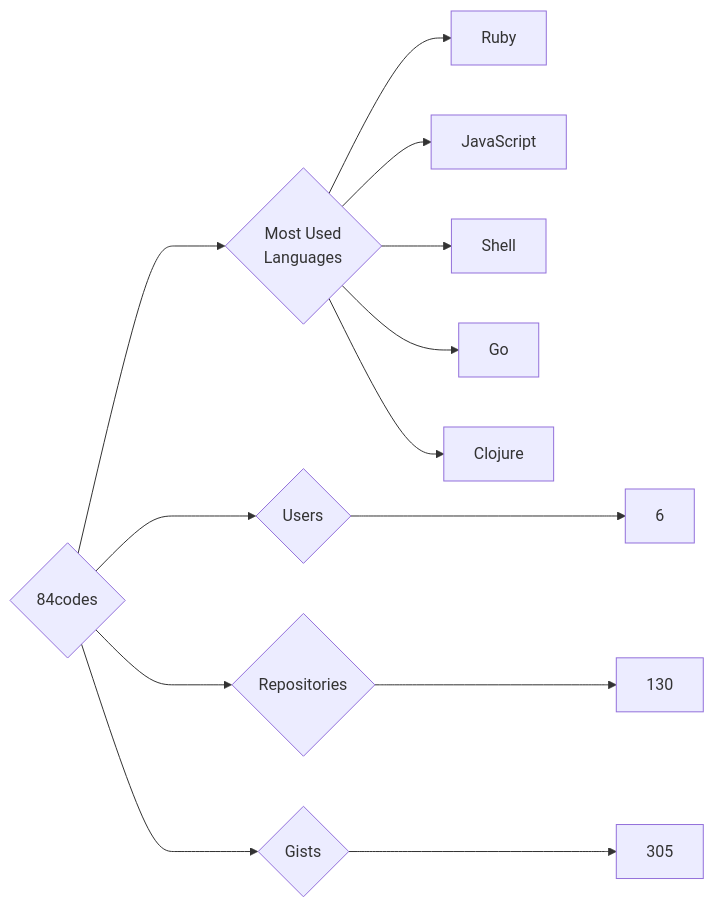
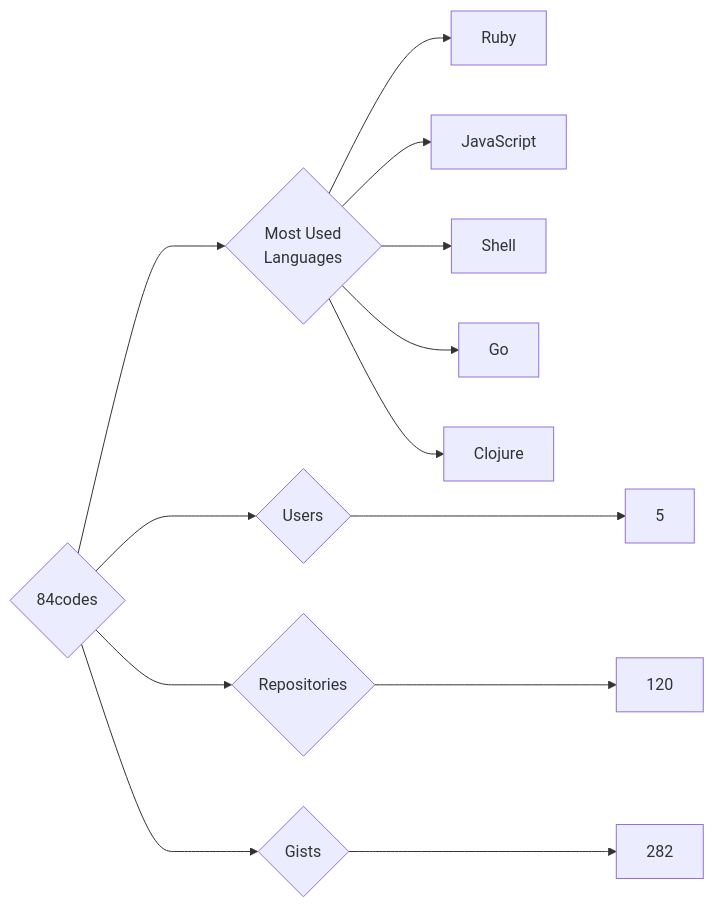
Before and after one commit to trickest/insiders: the diagram in targets/84codes/README.md, drawn with Mermaid. The commit also changed 622 other files, not shown here.

````diff
--- a/targets/84codes/README.md
+++ b/targets/84codes/README.md
@@ -3,13 +3,13 @@
 ```mermaid
 graph LR
 COMPANY_NAME{84codes}
-COMPANY_NAME ---> U{Users} ---> UN[6]
-COMPANY_NAME ---> R{Repositories} ---> RN[130]
-COMPANY_NAME ---> G{Gists} ---> GN[305]
+COMPANY_NAME ---> U{Users} ---> UN[5]
+COMPANY_NAME ---> R{Repositories} ---> RN[120]
+COMPANY_NAME ---> G{Gists} ---> GN[282]
 COMPANY_NAME ---> ML{Most Used<br>Languages}
 ML --> Ruby[Ruby]
 ML --> JavaScript[JavaScript]
 ML --> Shell[Shell]
 ML --> Go[Go]
 ML --> Clojure[Clojure]
 ```
````
